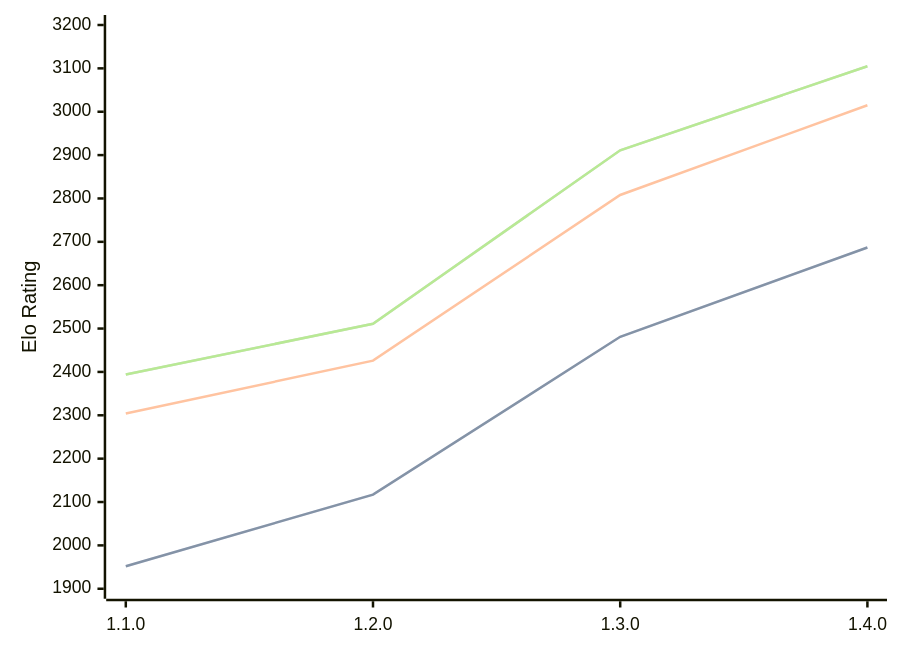
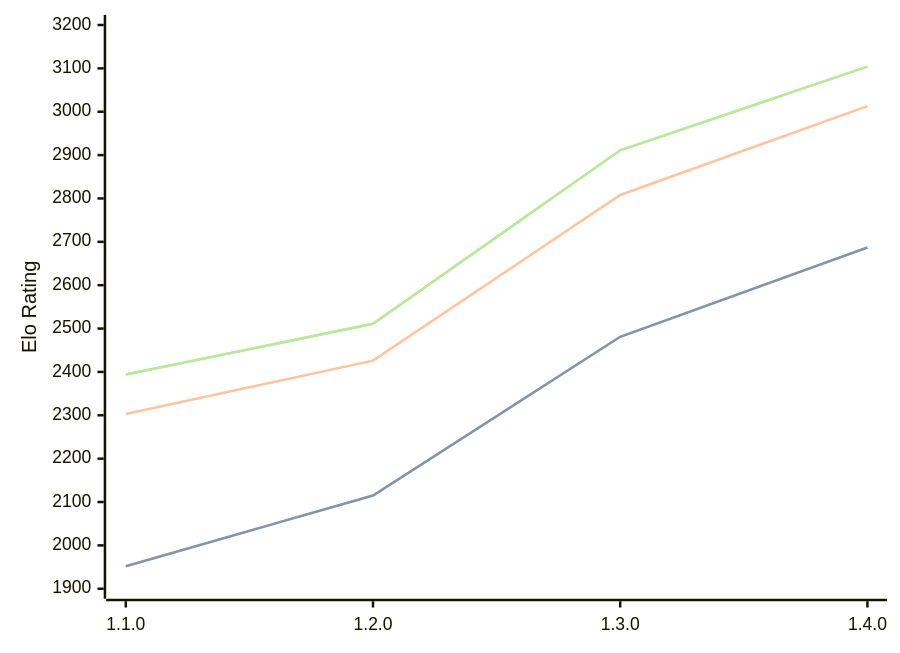
Before and after one commit to computer-chess-index/cci: the diagram in engines/Gyatso.md, drawn with Mermaid. The commit also changed other lines of this file, not shown here.

Commit message:
Update CCI Ratings (ELO VLTC) - 2026-08-03

````diff
--- a/engines/Gyatso.md
+++ b/engines/Gyatso.md
@@ -35,11 +36,11 @@
 ```mermaid
 %%{init: {"theme":"base","themeVariables":{"seriesColors:['#a3a3a3','#222221','#faa371']}}}%%
 xychart-beta
   x-axis ["1.1.0", "1.2.0", "1.3.0", "1.4.0"]
   y-axis "Elo Rating" 1900 --> 3200
-  line "STC (8.0+0.08s)" [1952, 2117, 2481, 2687]
-  line "STC (8.0+0.08s)" [1952, 2117, 2481, 2687]
-  line "LTC (60.0+0.60s)" [2304, 2426, 2808, 3015]
-  line "VLTC (2m24s+1.12s)" [2394, 2511, 2911, 3105]
-  line "VLTC (2m24s+1.12s)" [2394, 2511, 2911, 3105]
+  line "STC (8.0+0.08s)" [1952, 2115, 2481, 2687]
+  line "STC (8.0+0.08s)" [1952, 2115, 2481, 2687]
+  line "LTC (60.0+0.60s)" [2303, 2426, 2808, 3013]
+  line "VLTC (2m24s+1.12s)" [2394, 2511, 2911, 3104]
+  line "VLTC (2m24s+1.12s)" [2394, 2511, 2911, 3104]
 ```
````
